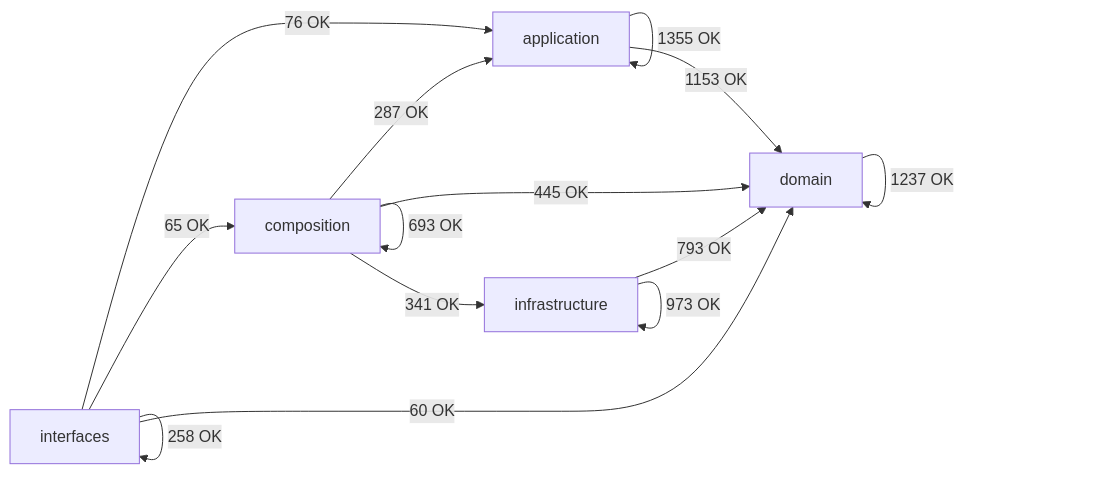
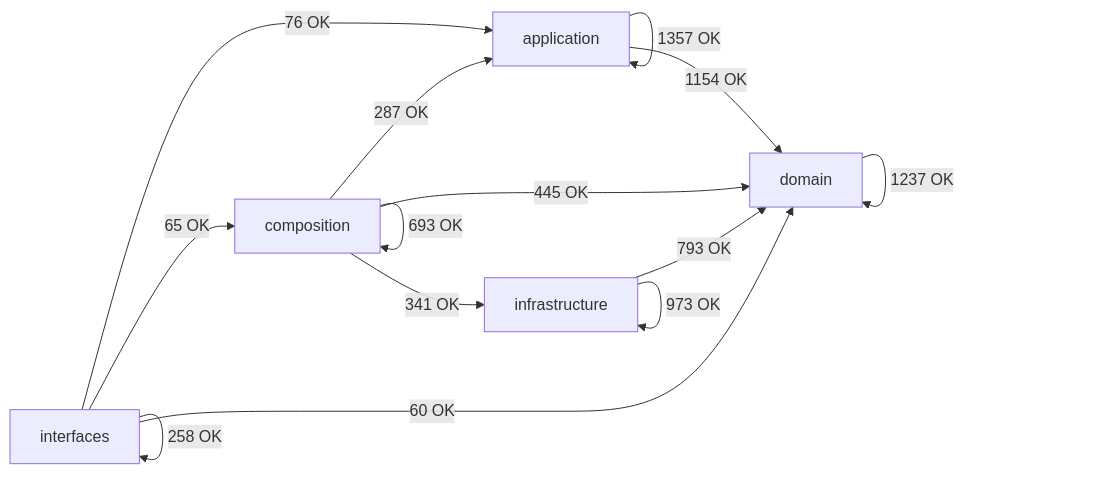
The diagram in docs/02-architecture/generated/module-dependency-map.md (SatoryKono/BioactivityDataAcquisition), drawn with Mermaid before and after one commit. The commit also changed other lines of this file and 21 other files, not shown here.

````diff
--- a/docs/02-architecture/generated/module-dependency-map.md
+++ b/docs/02-architecture/generated/module-dependency-map.md
@@ -17,21 +17,21 @@
 ```mermaid
 flowchart LR
     domain[domain]
     application[application]
     infrastructure[infrastructure]
     composition[composition]
     interfaces[interfaces]
-    application -->|1355 OK| application
-    application -->|1153 OK| domain
+    application -->|1357 OK| application
+    application -->|1154 OK| domain
     composition -->|287 OK| application
     composition -->|693 OK| composition
     composition -->|445 OK| domain
     composition -->|341 OK| infrastructure
     domain -->|1237 OK| domain
     infrastructure -->|793 OK| domain
     infrastructure -->|973 OK| infrastructure
     interfaces -->|76 OK| application
     interfaces -->|65 OK| composition
     interfaces -->|60 OK| domain
     interfaces -->|258 OK| interfaces
 ```
````
